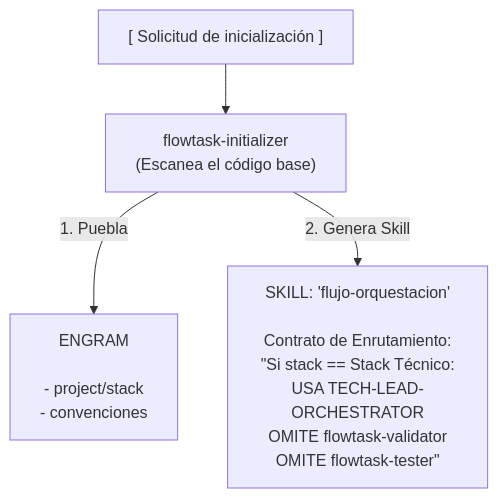
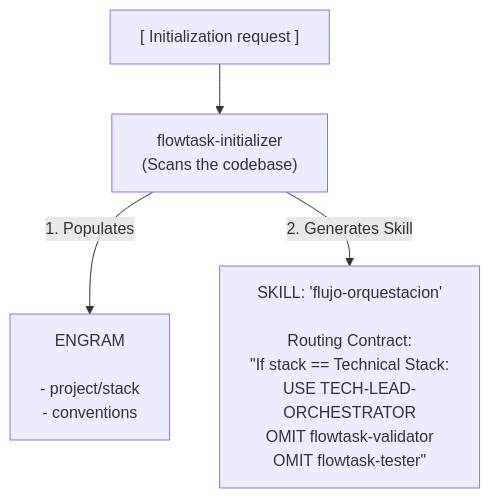
The diagram in docs/architecture/initializer.md (Saez520/flowtask), drawn with Mermaid before and after one commit. The commit also changed other lines of this file and 57 other files, not shown here.

````diff
--- a/docs/architecture/initializer.md
+++ b/docs/architecture/initializer.md
@@ -5,11 +5,11 @@
 ```mermaid
 flowchart TD
-    CMD["[ Solicitud de inicialización ]"]
-    INIT["flowtask-initializer<br/>(Escanea el código base)"]
-    ENGRAM["ENGRAM<br/><br/>- project/stack<br/>- convenciones"]
-    SKILL["SKILL: 'flujo-orquestacion'<br/><br/>Contrato de Enrutamiento:<br/>#quot;Si stack == Stack Técnico:<br/>USA TECH-LEAD-ORCHESTRATOR<br/>OMITE flowtask-validator<br/>OMITE flowtask-tester#quot;"]
+    CMD["[ Initialization request ]"]
+    INIT["flowtask-initializer<br/>(Scans the codebase)"]
+    ENGRAM["ENGRAM<br/><br/>- project/stack<br/>- conventions"]
+    SKILL["SKILL: 'flujo-orquestacion'<br/><br/>Routing Contract:<br/>#quot;If stack == Technical Stack:<br/>USE TECH-LEAD-ORCHESTRATOR<br/>OMIT flowtask-validator<br/>OMIT flowtask-tester#quot;"]
 
     CMD --> INIT
-    INIT -->|1. Puebla| ENGRAM
-    INIT -->|2. Genera Skill| SKILL
+    INIT -->|1. Populates| ENGRAM
+    INIT -->|2. Generates Skill| SKILL
 ```
````
